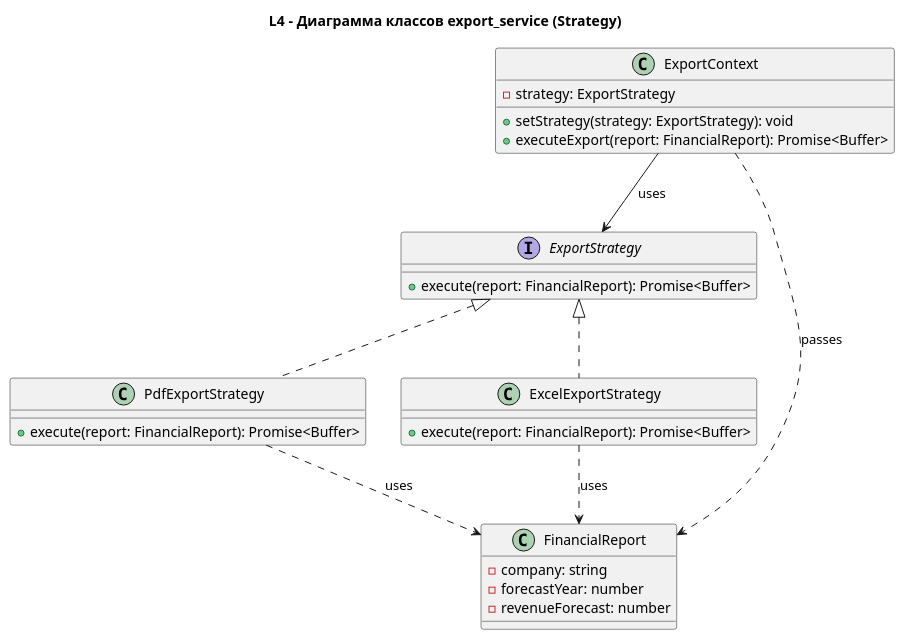
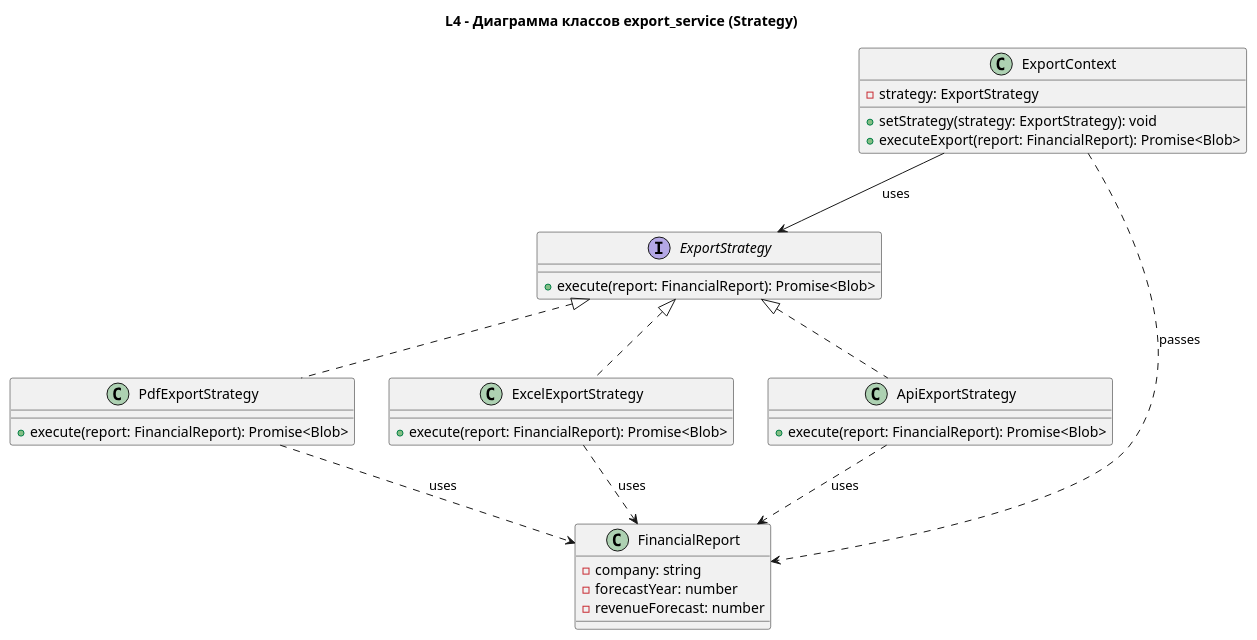
One commit to Jjots/finance-forecast-app changed the diagram in src/L4-code/kate-export/export-classes.puml. Above: the diagram before and after it, drawn with PlantUML. The commit also changed 8 other files, not shown here.

Commit message:
feat: finalize React export with Blob and strategy extensibility

```diff
--- a/src/L4-code/kate-export/export-classes.puml
+++ b/src/L4-code/kate-export/export-classes.puml
@@ -1,35 +1,44 @@
 @startuml "Export Service Class Diagram"
 title L4 - Диаграмма классов export_service (Strategy)
 
 interface ExportStrategy {
-  + execute(report: FinancialReport): Promise<Buffer>
+  + execute(report: FinancialReport): Promise<Blob>
 }
 
 class PdfExportStrategy {
-  + execute(report: FinancialReport): Promise<Buffer>
+  + execute(report: FinancialReport): Promise<Blob>
 }
 
 class ExcelExportStrategy {
-  + execute(report: FinancialReport): Promise<Buffer>
+  + execute(report: FinancialReport): Promise<Blob>
+}
+
+' Этот класс можно добавить, если генерация переносится на FastAPI
+class ApiExportStrategy {
+  + execute(report: FinancialReport): Promise<Blob>
 }
 
 class FinancialReport {
   - company: string
   - forecastYear: number
   - revenueForecast: number
 }
 
 class ExportContext {
   - strategy: ExportStrategy
   + setStrategy(strategy: ExportStrategy): void
-  + executeExport(report: FinancialReport): Promise<Buffer>
+  + executeExport(report: FinancialReport): Promise<Blob>
 }
 
 ExportStrategy <|.. PdfExportStrategy
 ExportStrategy <|.. ExcelExportStrategy
+ExportStrategy <|.. ApiExportStrategy
 ExportContext --> ExportStrategy : uses
 ExportContext ..> FinancialReport : passes
 PdfExportStrategy ..> FinancialReport : uses
 ExcelExportStrategy ..> FinancialReport : uses
+ApiExportStrategy ..> FinancialReport : uses
+
+
 
 @enduml
```
